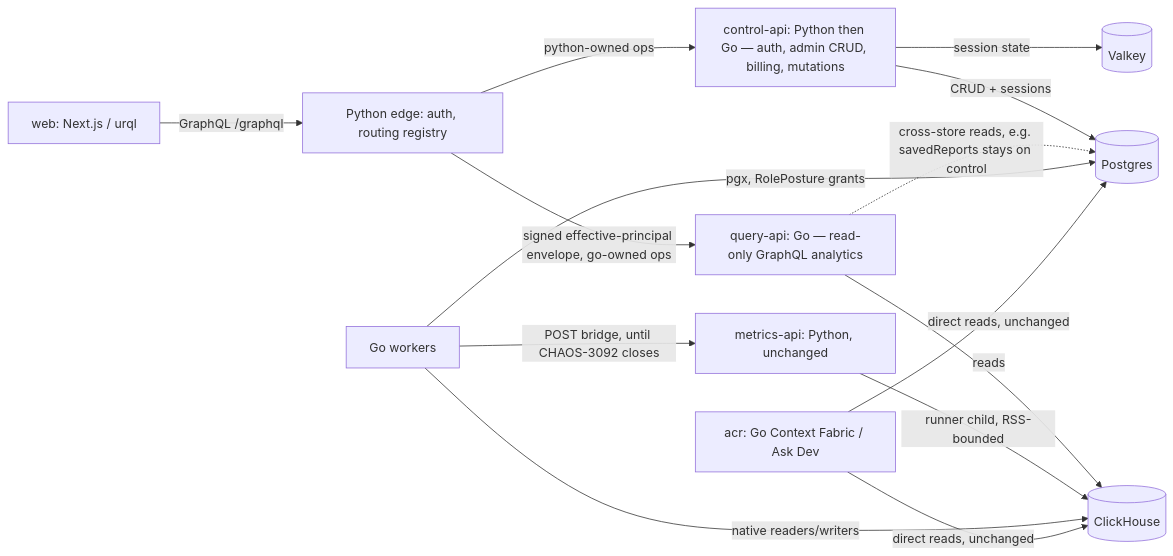
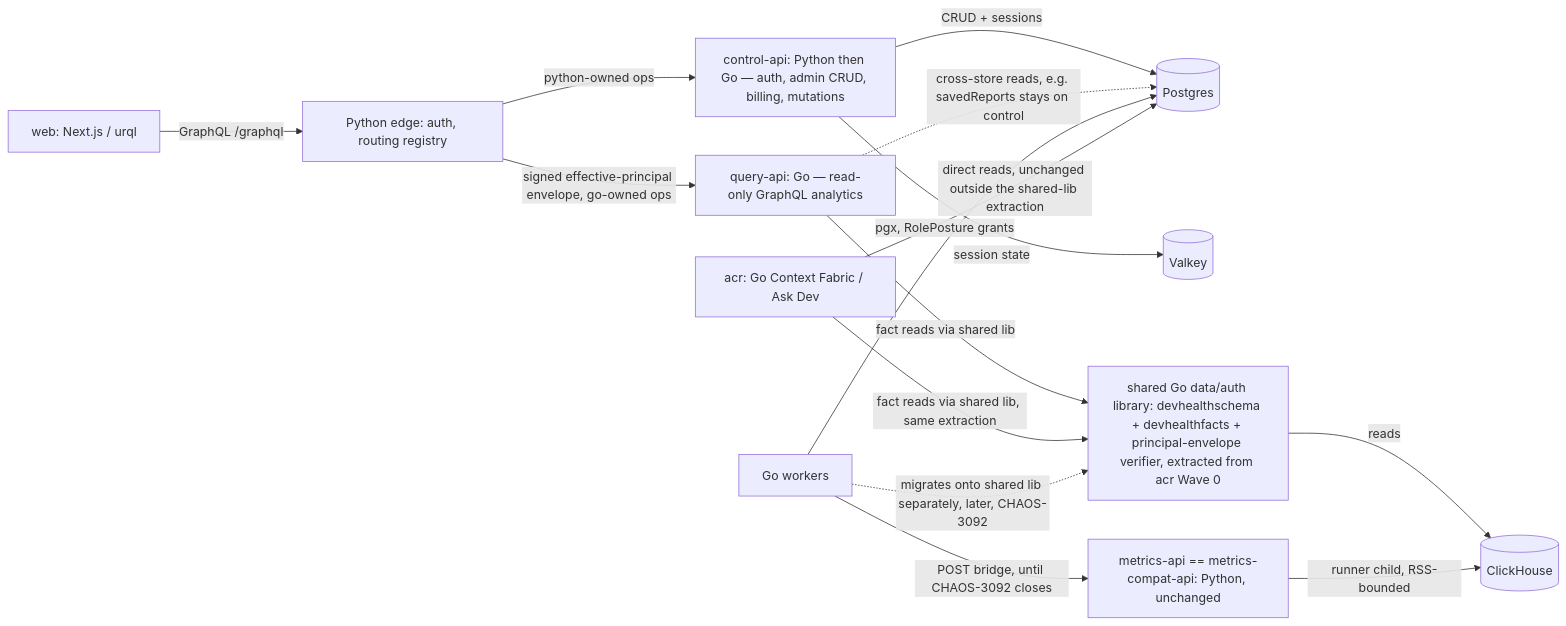
The second of 3 diagrams in .github/docs-legacy/plans/go-api-epic.md (full-chaos/dev-health-ops), drawn with Mermaid before and after one commit. The commit also changed other lines of this file, not shown here.

Commit message:
Amend Go API epic plan: acr is a second Go implementation, extract shared library in Wave 0

````diff
--- a/.github/docs-legacy/plans/go-api-epic.md
+++ b/.github/docs-legacy/plans/go-api-epic.md
@@ -126,16 +133,17 @@
 ```mermaid
 flowchart LR
   web[web: Next.js / urql] -->|GraphQL /graphql| edge[Python edge: auth, routing registry]
   edge -->|python-owned ops| control[control-api: Python then Go — auth, admin CRUD, billing, mutations]
   edge -->|signed effective-principal envelope, go-owned ops| query[query-api: Go — read-only GraphQL analytics]
   control -->|CRUD + sessions| pg[(Postgres)]
   control -->|session state| valkey[(Valkey)]
-  query -->|reads| ch[(ClickHouse)]
+  query -->|fact reads via shared lib| sharedlib[shared Go data/auth library: devhealthschema + devhealthfacts + principal-envelope verifier, extracted from acr Wave 0]
+  acr[acr: Go Context Fabric / Ask Dev] -->|fact reads via shared lib, same extraction| sharedlib
+  sharedlib -->|reads| ch[(ClickHouse)]
   query -.->|cross-store reads, e.g. savedReports stays on control| pg
-  goworker[Go workers] -->|POST bridge, until CHAOS-3092 closes| metricsapi[metrics-api: Python, unchanged]
+  goworker[Go workers] -->|POST bridge, until CHAOS-3092 closes| metricsapi[metrics-api == metrics-compat-api: Python, unchanged]
   metricsapi -->|runner child, RSS-bounded| ch
   goworker -->|pgx, RolePosture grants| pg
-  goworker -->|native readers/writers| ch
-  acr[acr: Go Context Fabric / Ask Dev] -->|direct reads, unchanged| pg
-  acr -->|direct reads, unchanged| ch
+  goworker -.->|migrates onto shared lib separately, later, CHAOS-3092| sharedlib
+  acr -->|direct reads, unchanged outside the shared-lib extraction| pg
 ```
````
